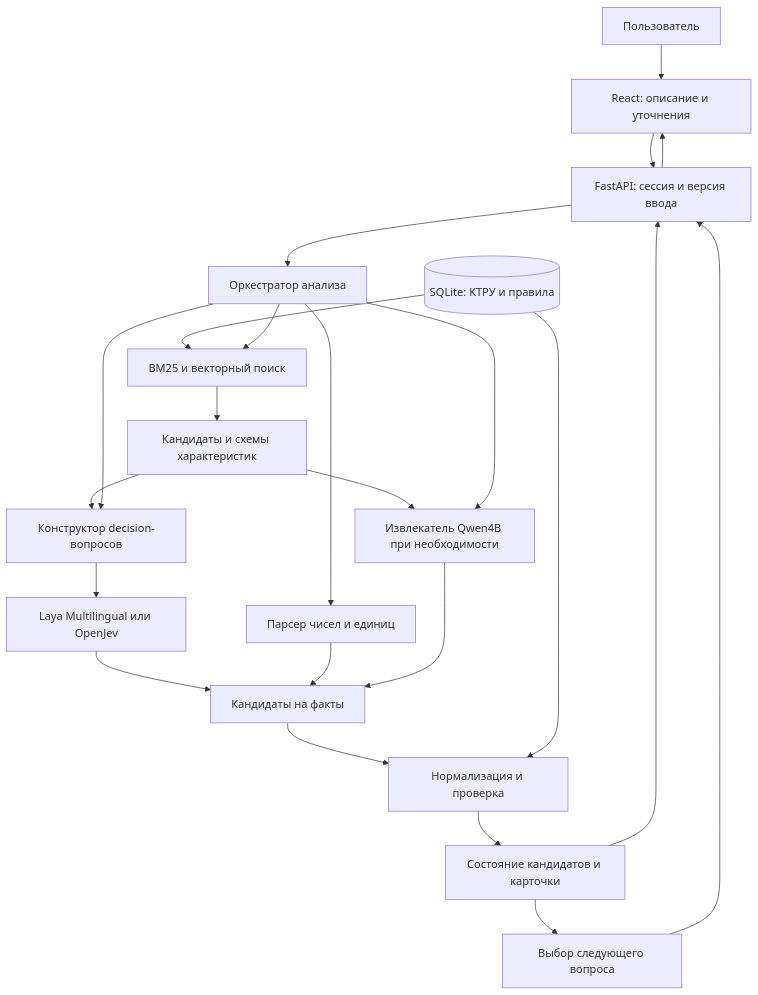
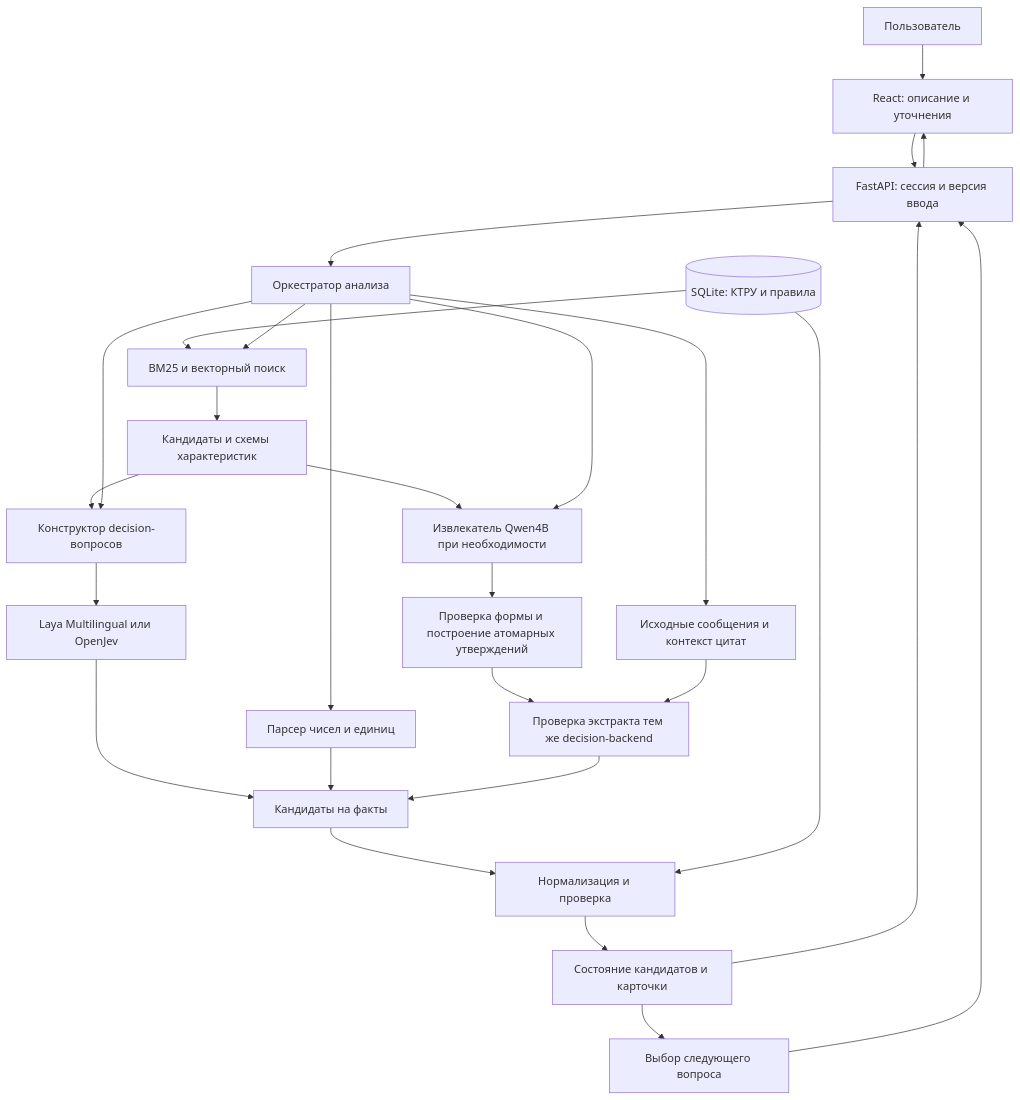
The diagram in docs/Предлагаемое решение.md (GoatWhistle/tender), drawn with Mermaid before and after one commit. The commit also changed other lines of this file, not shown here.

Commit message:
Expand decision validation and performance plan

````diff
--- a/docs/Предлагаемое решение.md
+++ b/docs/Предлагаемое решение.md
@@ -169,25 +171,29 @@
 ```mermaid
 flowchart TD
     U[Пользователь] --> UI[React: описание и уточнения]
     UI --> API[FastAPI: сессия и версия ввода]
     API --> O[Оркестратор анализа]
     DB[(SQLite: КТРУ и правила)] --> R[BM25 и векторный поиск]
     O --> R
     R --> C[Кандидаты и схемы характеристик]
     C --> Q[Конструктор decision-вопросов]
     O --> Q
     Q --> D[Laya Multilingual или OpenJev]
     D --> F[Кандидаты на факты]
     O --> P[Парсер чисел и единиц]
     P --> F
     C --> X[Извлекатель Qwen4B при необходимости]
     O --> X
-    X --> F
+    X --> G[Проверка формы и построение атомарных утверждений]
+    O --> E[Исходные сообщения и контекст цитат]
+    G --> J[Проверка экстракта тем же decision-backend]
+    E --> J
+    J --> F
     F --> V[Нормализация и проверка]
     DB --> V
     V --> S[Состояние кандидатов и карточки]
     S --> N[Выбор следующего вопроса]
     N --> API
     S --> API
     API --> UI
 ```
````
